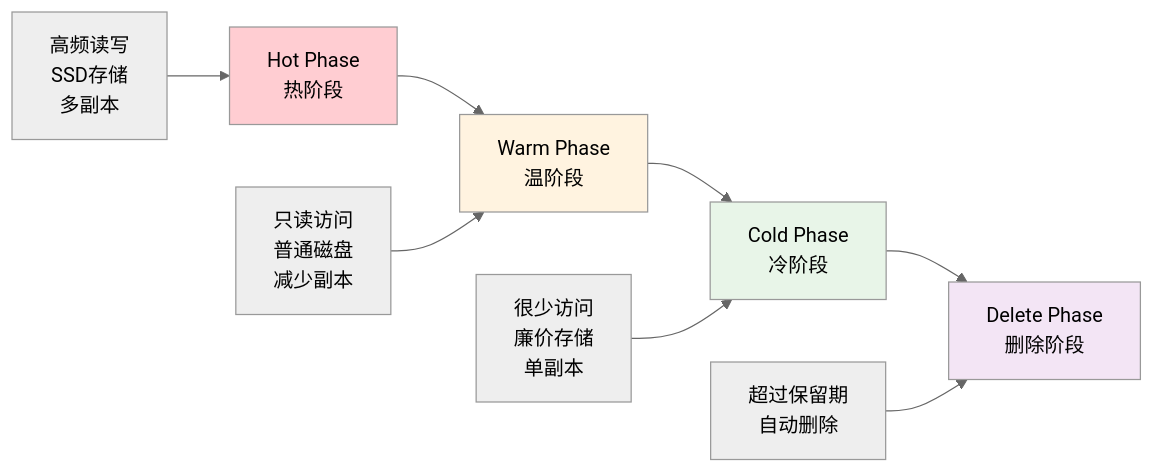
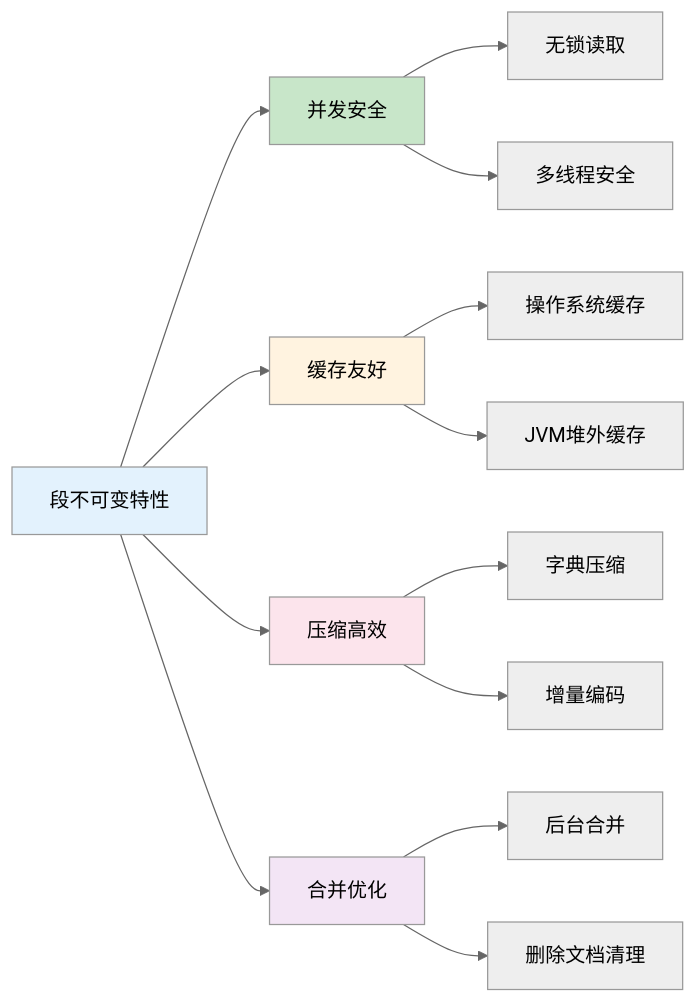
One commit to ralph-wren/TechStack-Handbook changed the fifth of 30 diagrams in 32.elasticsearch.md. Above: the diagram before and after it, drawn with Mermaid (neutral theme). The commit also changed other lines of this file and 2 other files, not shown here.

````diff
--- a/32.elasticsearch.md
+++ b/32.elasticsearch.md
@@ -299,16 +298,25 @@
 ```mermaid
 graph LR
-    A["Hot Phase<br/>热阶段"] --> B["Warm Phase<br/>温阶段"]
-    B --> C["Cold Phase<br/>冷阶段"]
-    C --> D["Delete Phase<br/>删除阶段"]
+    A["段不可变特性"] --> B["并发安全"]
+    A --> C["缓存友好"]
+    A --> D["压缩高效"]
+    A --> E["合并优化"]
     
-    A1["高频读写<br/>SSD存储<br/>多副本"] --> A
-    B1["只读访问<br/>普通磁盘<br/>减少副本"] --> B
-    C1["很少访问<br/>廉价存储<br/>单副本"] --> C
-    D1["超过保留期<br/>自动删除"] --> D
+    B --> B1["无锁读取"]
+    B --> B2["多线程安全"]
     
-    style A fill:#ffcdd2
-    style B fill:#fff3e0
-    style C fill:#e8f5e8
-    style D fill:#f3e5f5
+    C --> C1["操作系统缓存"]
+    C --> C2["JVM堆外缓存"]
+    
+    D --> D1["字典压缩"]
+    D --> D2["增量编码"]
+    
+    E --> E1["后台合并"]
+    E --> E2["删除文档清理"]
+    
+    style A fill:#e3f2fd
+    style B fill:#c8e6c9
+    style C fill:#fff3e0
+    style D fill:#fce4ec
+    style E fill:#f3e5f5
 ```
````
